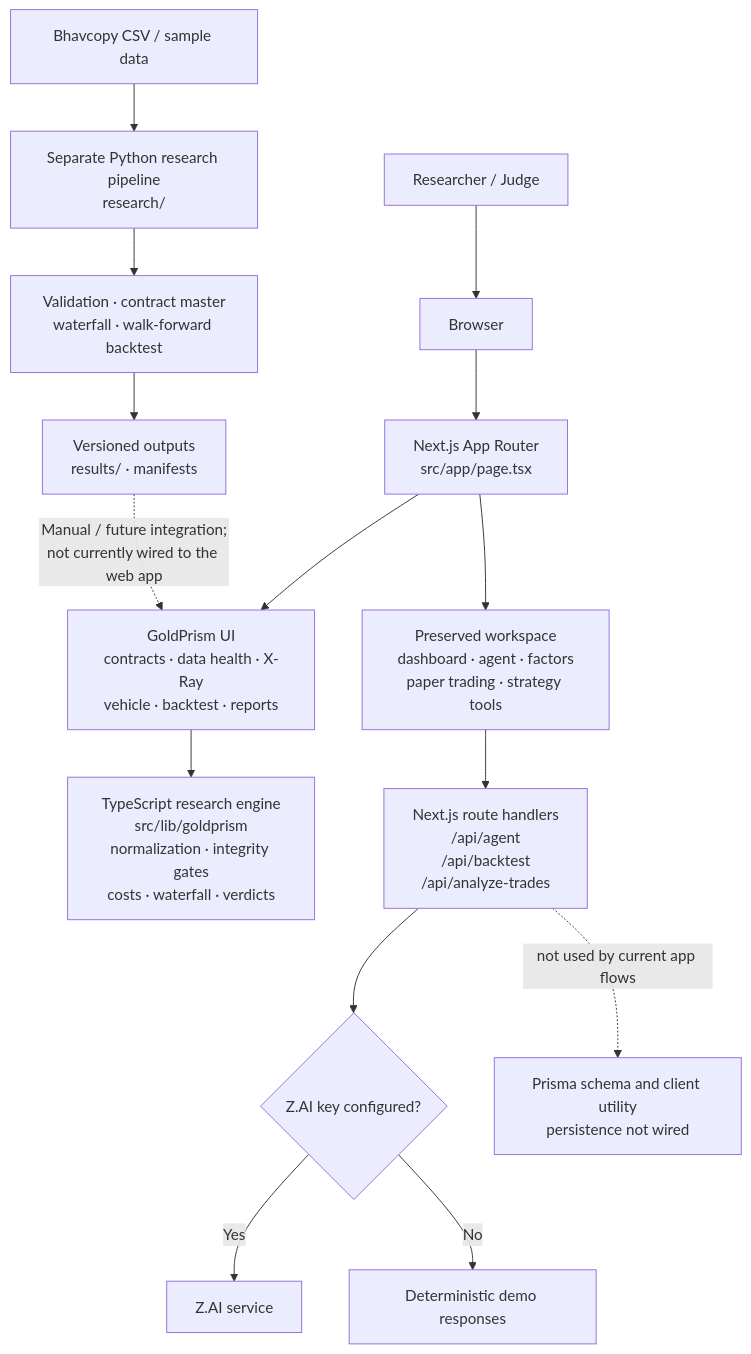
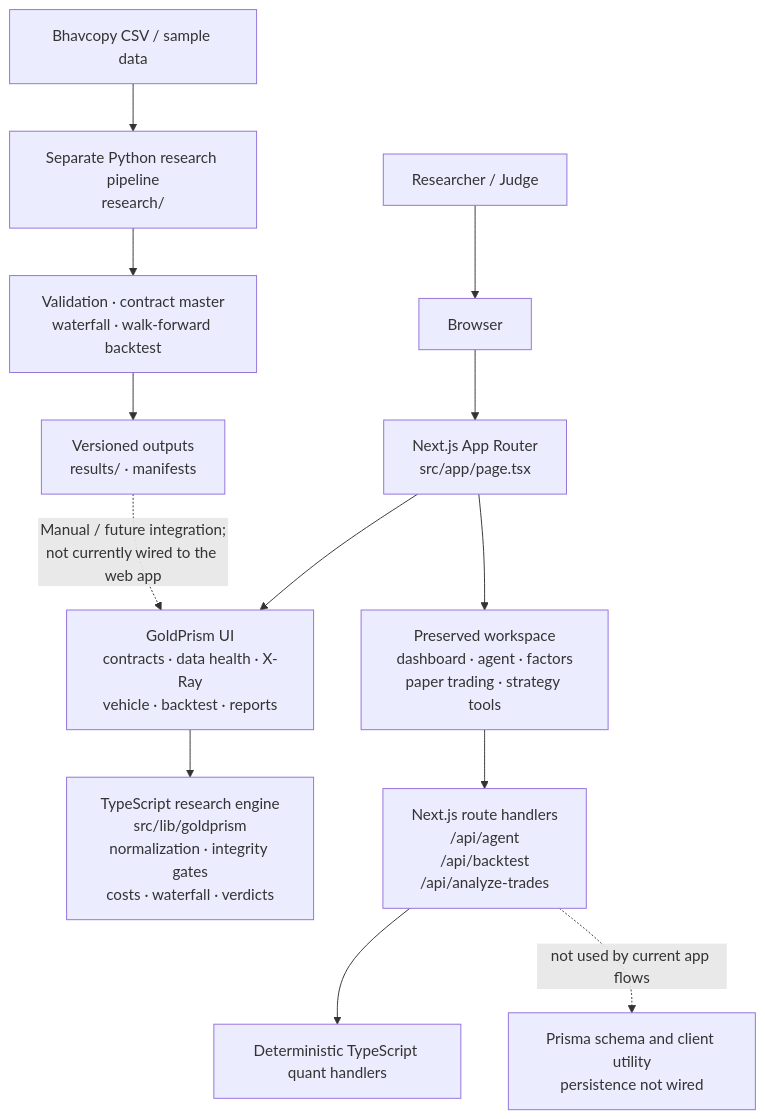
Before and after one commit to pawan00207/GoldPrism-Team---ARCEUS: the first of 2 diagrams in README.md, drawn with Mermaid. The commit also changed other lines of this file and 74 other files, not shown here.

````diff
--- a/README.md
+++ b/README.md
@@ -36,20 +36,18 @@
 ```mermaid
 flowchart TB
     User[Researcher / Judge] --> Browser[Browser]
     Browser --> App[Next.js App Router<br/>src/app/page.tsx]
 
     App --> GPUI[GoldPrism UI<br/>contracts · data health · X-Ray<br/>vehicle · backtest · reports]
     App --> Workspace[Preserved workspace<br/>dashboard · agent · factors<br/>paper trading · strategy tools]
 
     GPUI --> Engine[TypeScript research engine<br/>src/lib/goldprism<br/>normalization · integrity gates<br/>costs · waterfall · verdicts]
     Workspace --> Routes[Next.js route handlers<br/>/api/agent<br/>/api/backtest<br/>/api/analyze-trades]
-    Routes --> AI{Z.AI key configured?}
-    AI -->|Yes| ZAI[Z.AI service]
-    AI -->|No| Demo[Deterministic demo responses]
+    Routes --> Deterministic[Deterministic TypeScript quant handlers]
     Routes -. "not used by current app flows" .-> Prisma[Prisma schema and client utility<br/>persistence not wired]
 
     CSV[Bhavcopy CSV / sample data] --> Python[Separate Python research pipeline<br/>research/]
     Python --> Analysis[Validation · contract master<br/>waterfall · walk-forward backtest]
     Analysis --> Artifacts[Versioned outputs<br/>results/ · manifests]
     Artifacts -. "Manual / future integration;<br/>not currently wired to the web app" .-> GPUI
 ```
````
